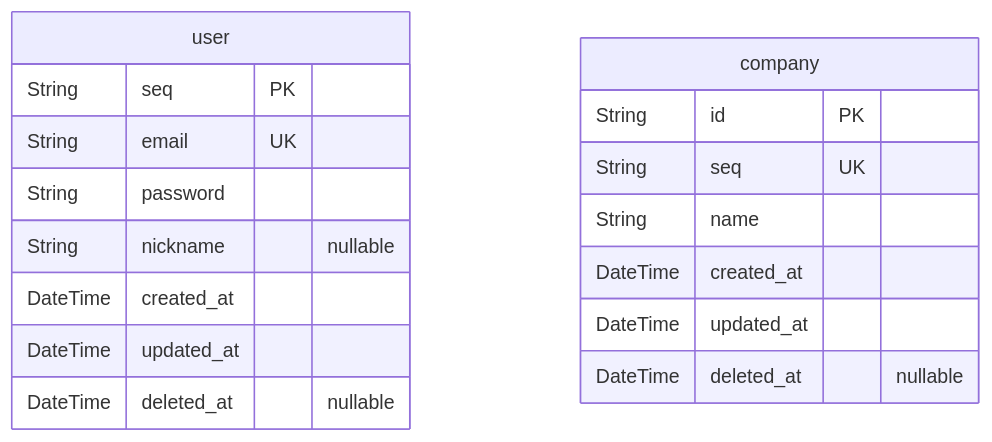
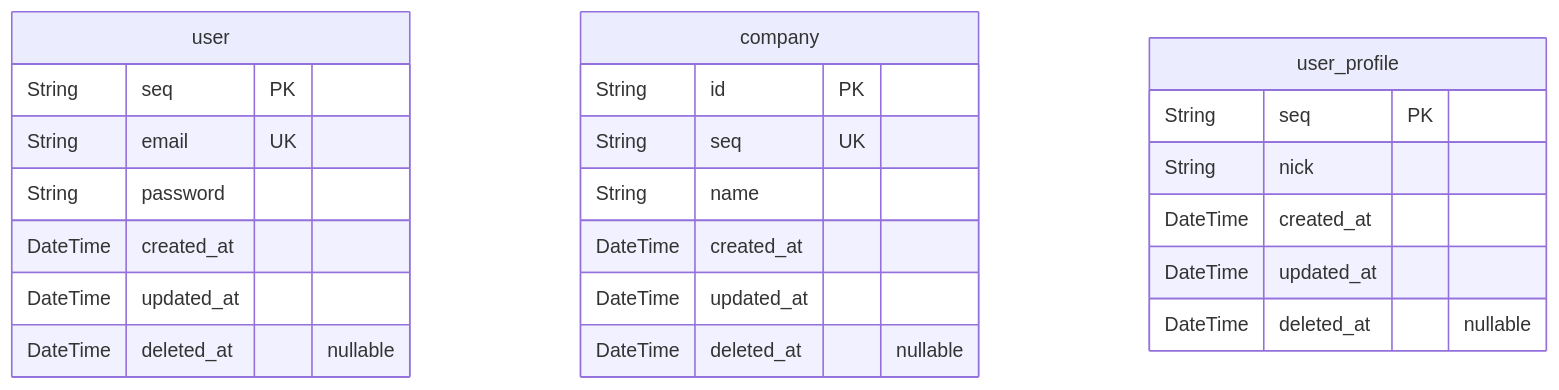
One commit to windofwind/cback changed the diagram in document/ERD.md. Above: the diagram before and after it, drawn with Mermaid. The commit also changed other lines of this file and 8 other files, not shown here.

````diff
--- a/document/ERD.md
+++ b/document/ERD.md
@@ -7,20 +7,26 @@
 ```mermaid
 erDiagram
 "user" {
   String seq PK
   String email UK
   String password
-  String nickname "nullable"
   DateTime created_at
   DateTime updated_at
   DateTime deleted_at "nullable"
 }
 "company" {
   String id PK
   String seq UK
   String name
   DateTime created_at
   DateTime updated_at
   DateTime deleted_at "nullable"
 }
+"user_profile" {
+  String seq PK
+  String nick
+  DateTime created_at
+  DateTime updated_at
+  DateTime deleted_at "nullable"
+}
 ```
````
